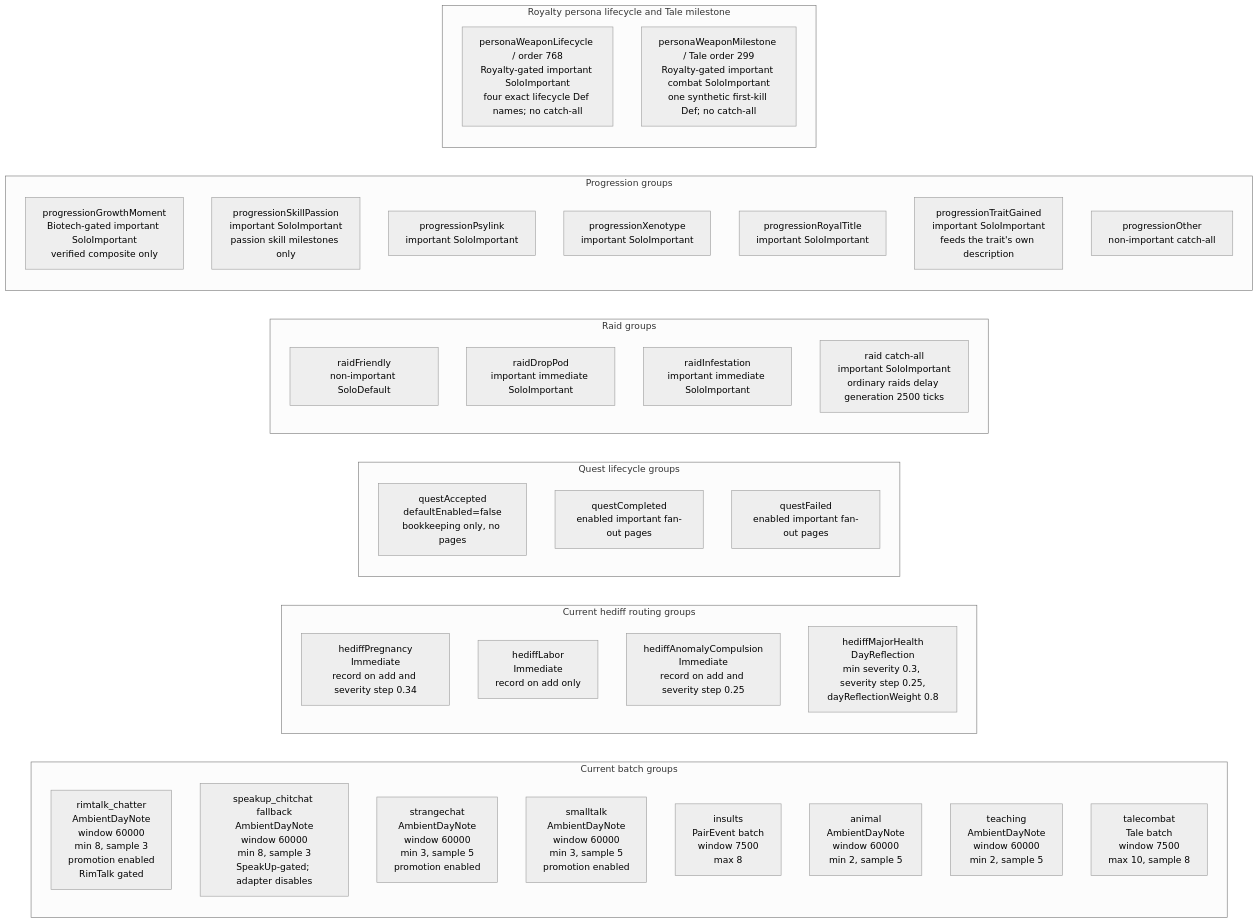
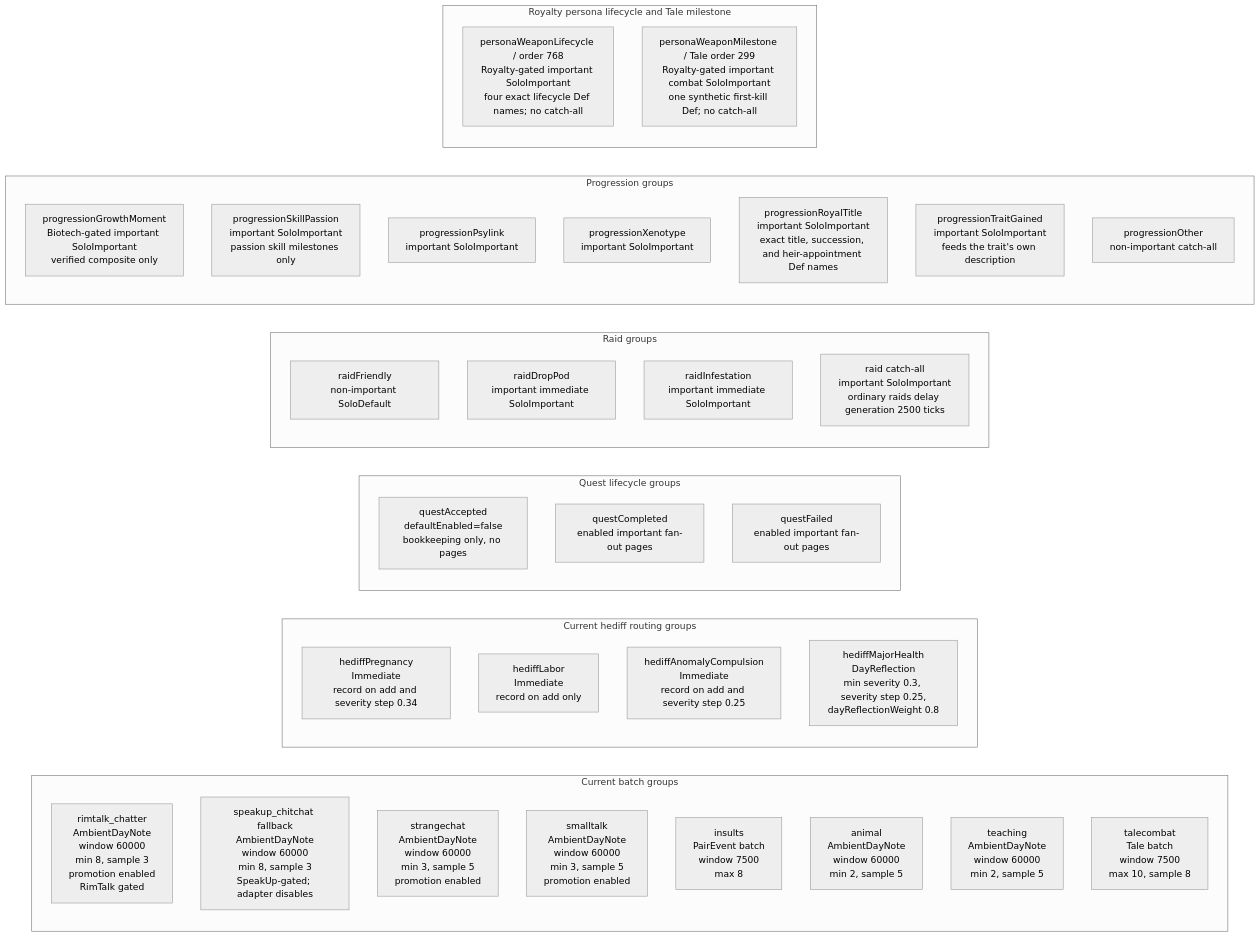
The fourth of 6 diagrams in EVENT_PROMPT_MAP.md (aimmlegate/PawnDiary), drawn with Mermaid (neutral theme) before and after one commit. The commit also changed other lines of this file and 43 other files, not shown here.

````diff
--- a/EVENT_PROMPT_MAP.md
+++ b/EVENT_PROMPT_MAP.md
@@ -322,48 +331,48 @@
 ```mermaid
 flowchart LR
     subgraph Batches["Current batch groups"]
         BG0["rimtalk_chatter<br/>AmbientDayNote<br/>window 60000<br/>min 8, sample 3<br/>promotion enabled<br/>RimTalk gated"]
         BG1["speakup_chitchat fallback<br/>AmbientDayNote<br/>window 60000<br/>min 8, sample 3<br/>SpeakUp-gated; adapter disables"]
         BG2["strangechat<br/>AmbientDayNote<br/>window 60000<br/>min 3, sample 5<br/>promotion enabled"]
         BG3["smalltalk<br/>AmbientDayNote<br/>window 60000<br/>min 3, sample 5<br/>promotion enabled"]
         BG4["insults<br/>PairEvent batch<br/>window 7500<br/>max 8"]
         BG5["animal<br/>AmbientDayNote<br/>window 60000<br/>min 2, sample 5"]
         BG6["teaching<br/>AmbientDayNote<br/>window 60000<br/>min 2, sample 5"]
         BG7["talecombat<br/>Tale batch<br/>window 7500<br/>max 10, sample 8"]
     end
 
     subgraph HediffGroups["Current hediff routing groups"]
         HG1["hediffPregnancy<br/>Immediate<br/>record on add and severity step 0.34"]
         HG2["hediffLabor<br/>Immediate<br/>record on add only"]
         HG3["hediffAnomalyCompulsion<br/>Immediate<br/>record on add and severity step 0.25"]
         HG4["hediffMajorHealth<br/>DayReflection<br/>min severity 0.3, severity step 0.25,<br/>dayReflectionWeight 0.8"]
     end
 
     subgraph QuestGroups["Quest lifecycle groups"]
         Q1["questAccepted<br/>defaultEnabled=false<br/>bookkeeping only, no pages"]
         Q2["questCompleted<br/>enabled important fan-out pages"]
         Q3["questFailed<br/>enabled important fan-out pages"]
     end
 
     subgraph RaidGroups["Raid groups"]
         R1["raidFriendly<br/>non-important SoloDefault"]
         R2["raidDropPod<br/>important immediate SoloImportant"]
         R3["raidInfestation<br/>important immediate SoloImportant"]
         R4["raid catch-all<br/>important SoloImportant<br/>ordinary raids delay generation 2500 ticks"]
     end
 
     subgraph ProgressionGroups["Progression groups"]
         P0["progressionGrowthMoment<br/>Biotech-gated important SoloImportant<br/>verified composite only"]
         P1["progressionSkillPassion<br/>important SoloImportant<br/>passion skill milestones only"]
         P2["progressionPsylink<br/>important SoloImportant"]
         P3["progressionXenotype<br/>important SoloImportant"]
-        P4["progressionRoyalTitle<br/>important SoloImportant"]
+        P4["progressionRoyalTitle<br/>important SoloImportant<br/>exact title, succession, and heir-appointment Def names"]
         P5["progressionTraitGained<br/>important SoloImportant<br/>feeds the trait's own description"]
         P6["progressionOther<br/>non-important catch-all"]
     end
 
     subgraph PersonaGroups["Royalty persona lifecycle and Tale milestone"]
         RP1["personaWeaponLifecycle / order 768<br/>Royalty-gated important SoloImportant<br/>four exact lifecycle Def names; no catch-all"]
         RP2["personaWeaponMilestone / Tale order 299<br/>Royalty-gated important combat SoloImportant<br/>one synthetic first-kill Def; no catch-all"]
     end
 ```
````
